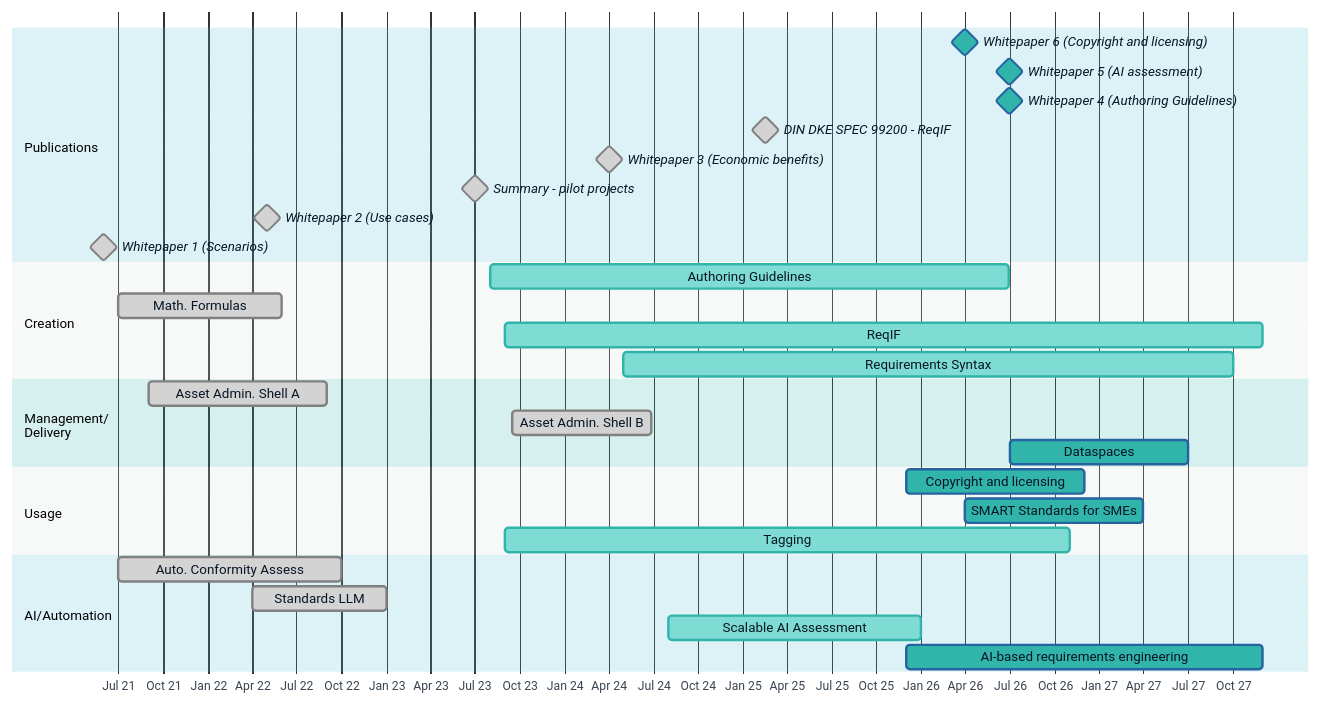
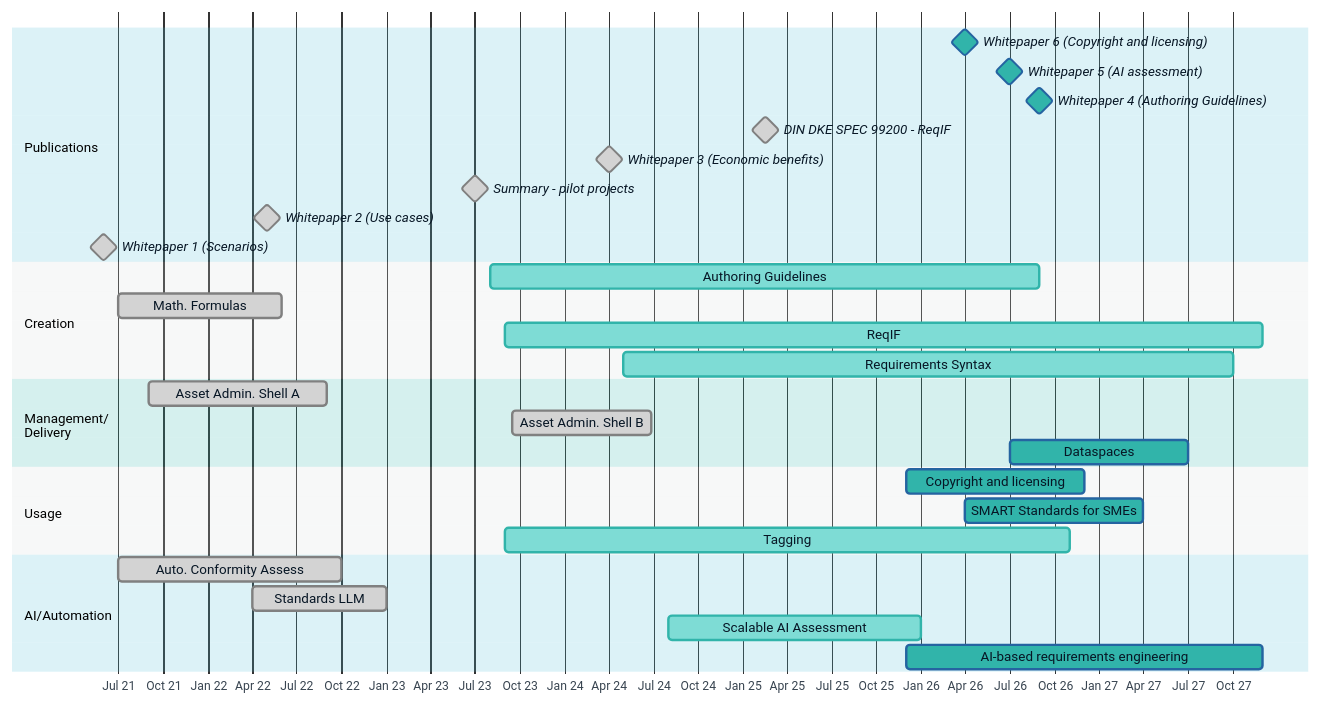
One commit to DIN-DKE/DKE_0001__SMART_Standards_Roadmap changed the diagram in idis-roadmap.md. Above: the diagram before and after it, drawn with Mermaid.

Commit message:
Update Authoring Guidelines milestone dates

````diff
--- a/idis-roadmap.md
+++ b/idis-roadmap.md
@@ -5,57 +5,57 @@
 ```mermaid
 
 %%{
   init: {
     'theme': 'base',
     'themeVariables': {
       'fontFamily': 'Noto Sans, Arial, Sans-Serif',
       'primaryColor': '#31b4aa',
       'primaryTextColor': '#071625',
       'primaryBorderColor': '#2564a1',
       'lineColor': '#d5dddc',
       'secondaryColor': '#3a8dcb',
       'tertiaryColor': '#fff',
       'sectionBkgColor': '#52bdd7',
       'altSectionBkgColor': '#d5dddc'
     }
   }
 }%%
 
 gantt
     dateFormat  YYYY-MM-DD
     %% title       IDiS Roadmap
     tickInterval 3month
     axisFormat %b %y
 
     section Publications
     Whitepaper 6 (Copyright and licensing) : milestone, 2026-03-31, 1d
     Whitepaper 5 (AI assessment)       : milestone, 2026-06-30, 1d
-    Whitepaper 4 (Authoring Guidelines)         : milestone, 2026-06-30, 1d
+    Whitepaper 4 (Authoring Guidelines)         : milestone, 2026-08-30, 1d
     DIN DKE SPEC 99200 - ReqIF             : milestone, done, 2025-02-15, 1d
     Whitepaper 3 (Economic benefits)           : milestone, done, 2024-04-01, 1d
     Summary - pilot projects           : milestone, done, 2023-07-01, 1d
     Whitepaper 2 (Use cases)           : milestone, done, 2022-05-01, 1d
     Whitepaper 1 (Scenarios)           : milestone, done, 2021-06-01, 1d
 
     section Creation
-    Authoring Guidelines    : active, 2023-08-01, 2026-06-30
+    Authoring Guidelines    : active, 2023-08-01, 2026-08-30
     Math. Formulas         : done, 2021-07-01, 2022-06-01
     ReqIF                  : active, 2023-08-31, 2027-12-01
     Requirements Syntax              : active, 2024-05-01, 2027-10-01
 
     section Management/<br />Delivery
     Asset Admin. Shell A   : done, 2021-09-01, 2022-09-01
     Asset Admin. Shell B   : done, 2023-09-15, 2024-06-26
     Dataspaces             : 2026-07-01, 2027-07-01
 
     section Usage
     Copyright and licensing : 2025-12-01, 2026-12-01
     SMART Standards for SMEs : 2026-04-01, 2027-04-01
     Tagging : active, 2023-09-01, 2026-11-01
 
     section AI/Automation
     Auto. Conformity Assess: done, 2021-07-01, 2022-10-01
     Standards LLM          : done, 2022-04-01, 2023-01-01
     Scalable AI Assessment : active, 2024-08-01, 2025-12-31
     AI-based requirements engineering :  2025-12-01, 2027-12-01
 ```
````
